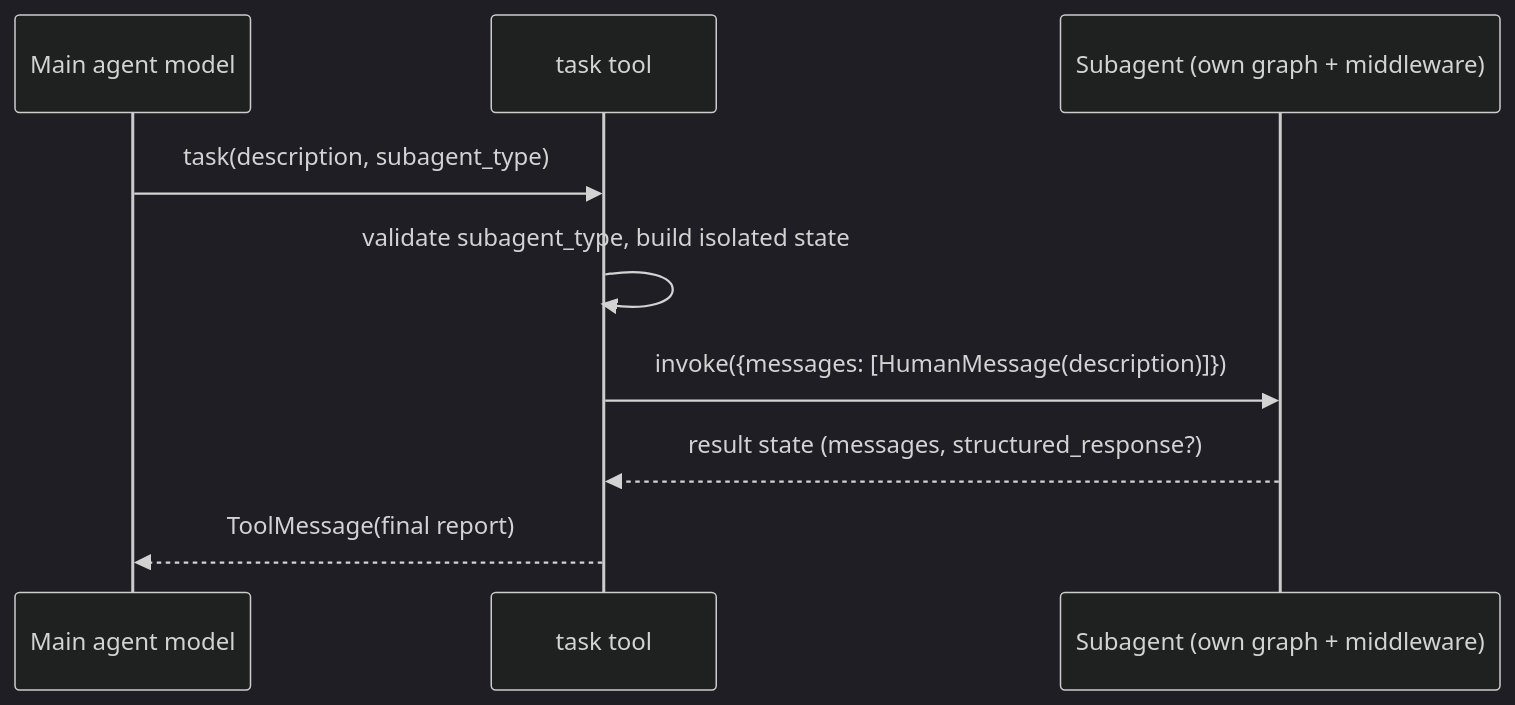
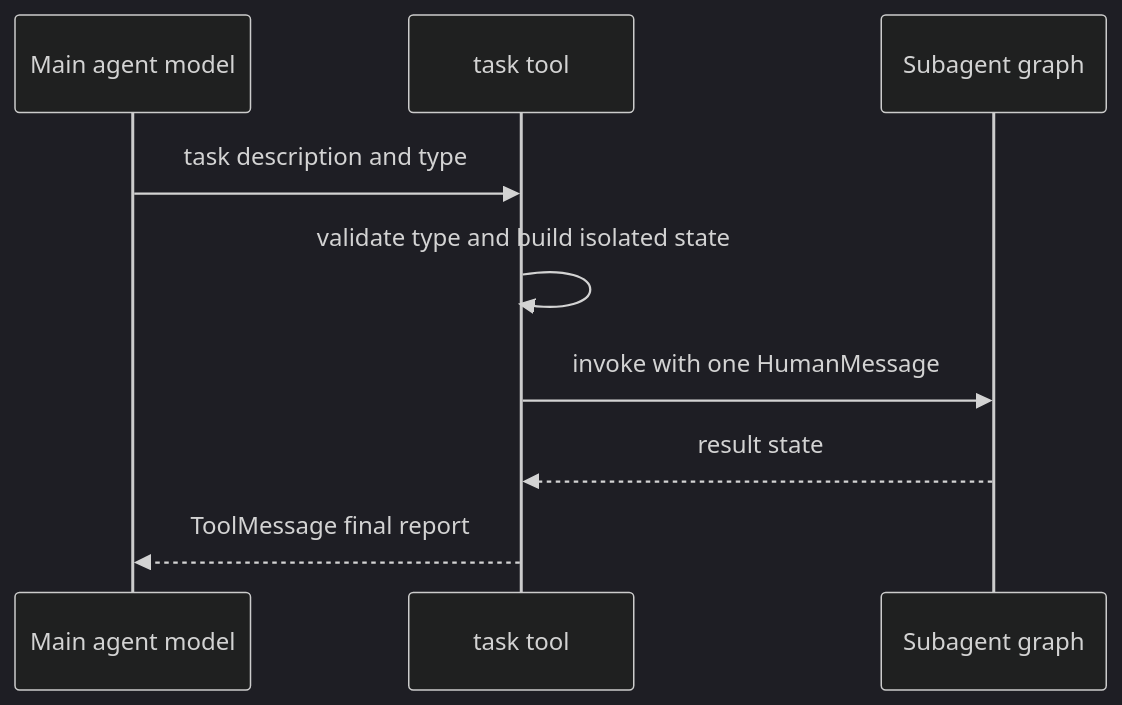
One commit to langchain-ai/deepagents changed the diagram in openwiki/concepts/subagents-skills.md. Above: the diagram before and after it, drawn with Mermaid (dark theme). The commit also changed other lines of this file and 31 other files, not shown here.

````diff
--- a/openwiki/concepts/subagents-skills.md
+++ b/openwiki/concepts/subagents-skills.md
@@ -55,11 +55,11 @@
 ```mermaid
 sequenceDiagram
     participant Model as Main agent model
     participant Task as task tool
-    participant Sub as Subagent (own graph + middleware)
-    Model->>Task: task(description, subagent_type)
-    Task->>Task: validate subagent_type, build isolated state
-    Task->>Sub: invoke({messages: [HumanMessage(description)]})
-    Sub-->>Task: result state (messages, structured_response?)
-    Task-->>Model: ToolMessage(final report)
+    participant Sub as Subagent graph
+    Model->>Task: task description and type
+    Task->>Task: validate type and build isolated state
+    Task->>Sub: invoke with one HumanMessage
+    Sub-->>Task: result state
+    Task-->>Model: ToolMessage final report
 ```
````
